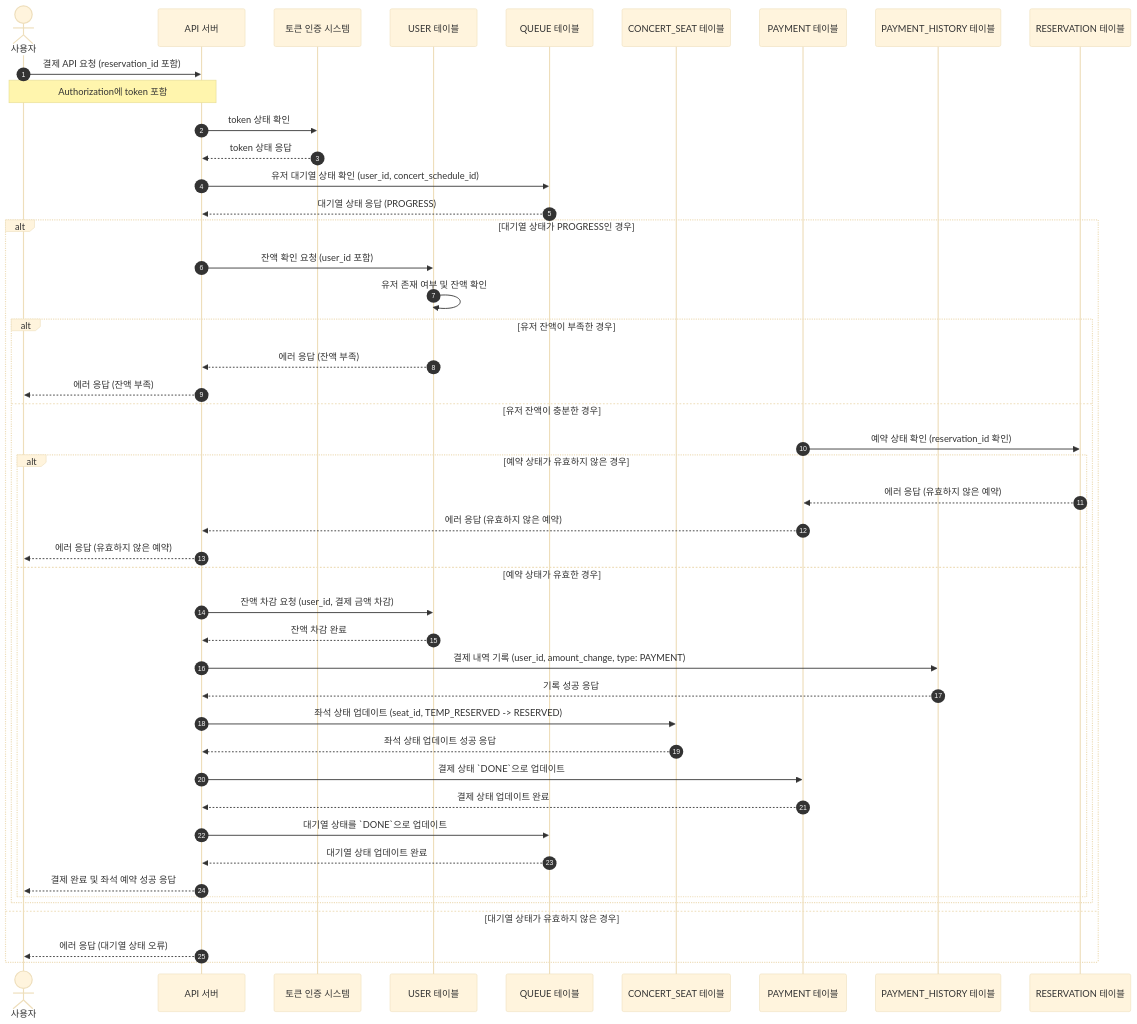
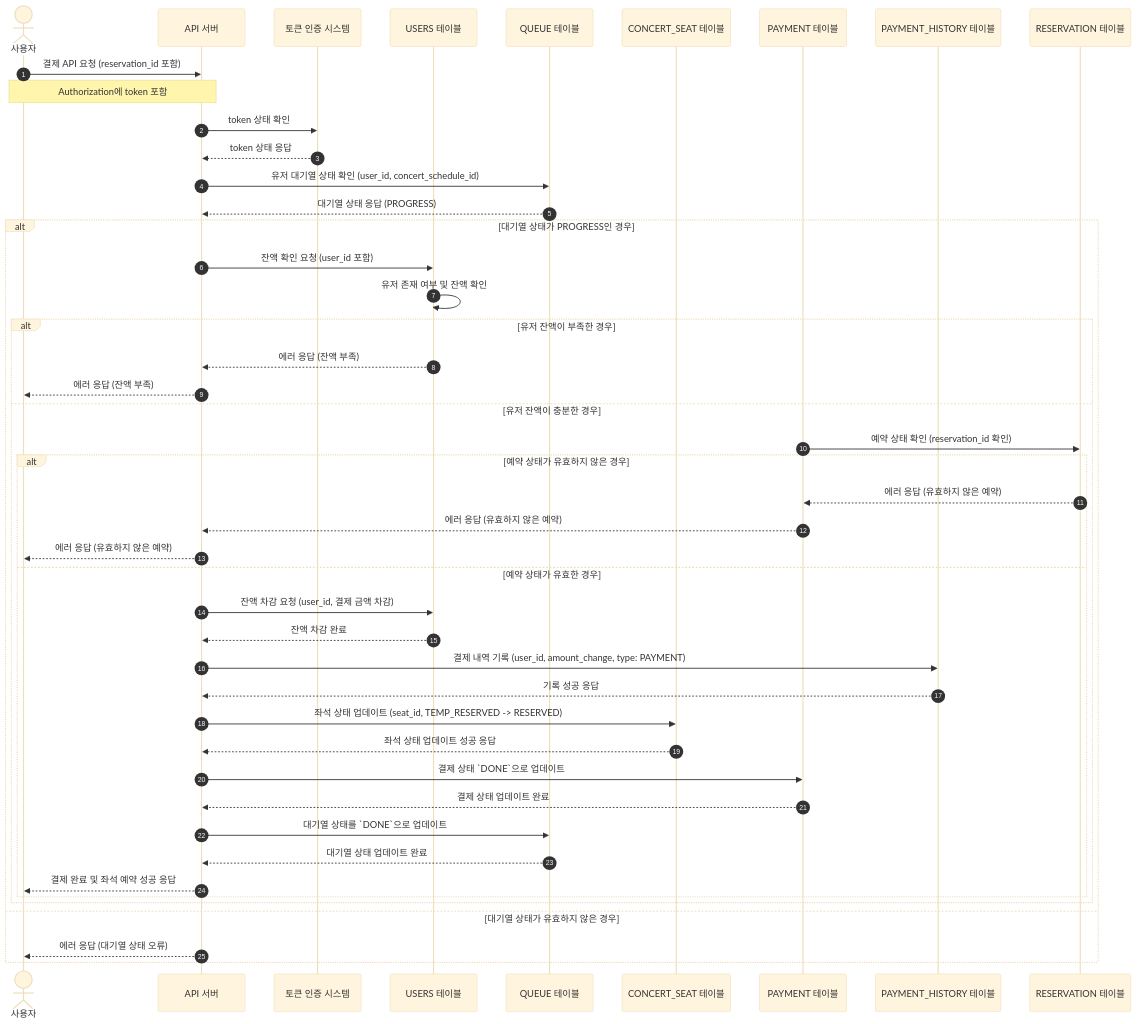
Before and after one commit to Cheondongmin/concert-java: the eighth of 8 diagrams in docs/sequence.md, drawn with Mermaid (base theme). The commit also changed other lines of this file and 26 other files, not shown here.

````diff
--- a/docs/sequence.md
+++ b/docs/sequence.md
@@ -240,56 +240,56 @@
 ```mermaid
 sequenceDiagram
     autonumber
     actor 사용자 as 사용자
     participant API as API 서버
     participant AUTH as 토큰 인증 시스템
-    participant USER as USER 테이블
+    participant USERS as USERS 테이블
     participant QUEUE as QUEUE 테이블
     participant CONCERT_SEAT as CONCERT_SEAT 테이블
     participant PAYMENT as PAYMENT 테이블
     participant PAYMENT_HISTORY as PAYMENT_HISTORY 테이블
     participant RESERVATION as RESERVATION 테이블
 
     사용자 ->> API: 결제 API 요청 (reservation_id 포함)
     Note over 사용자, API: Authorization에 token 포함
     API ->> AUTH: token 상태 확인
     AUTH -->> API: token 상태 응답
 
     API ->> QUEUE: 유저 대기열 상태 확인 (user_id, concert_schedule_id)
     QUEUE -->> API: 대기열 상태 응답 (PROGRESS)
 
     alt 대기열 상태가 PROGRESS인 경우
-        API ->> USER: 잔액 확인 요청 (user_id 포함)
-        USER ->> USER: 유저 존재 여부 및 잔액 확인
+        API ->> USERS: 잔액 확인 요청 (user_id 포함)
+        USERS ->> USERS: 유저 존재 여부 및 잔액 확인
 
         alt 유저 잔액이 부족한 경우
-            USER -->> API: 에러 응답 (잔액 부족)
+            USERS -->> API: 에러 응답 (잔액 부족)
             API -->> 사용자: 에러 응답 (잔액 부족)
         else 유저 잔액이 충분한 경우
             PAYMENT ->> RESERVATION: 예약 상태 확인 (reservation_id 확인)
             alt 예약 상태가 유효하지 않은 경우
                 RESERVATION -->> PAYMENT: 에러 응답 (유효하지 않은 예약)
                 PAYMENT -->> API: 에러 응답 (유효하지 않은 예약)
                 API -->> 사용자: 에러 응답 (유효하지 않은 예약)
             else 예약 상태가 유효한 경우
-                API ->> USER: 잔액 차감 요청 (user_id, 결제 금액 차감)
-                USER -->> API: 잔액 차감 완료
+                API ->> USERS: 잔액 차감 요청 (user_id, 결제 금액 차감)
+                USERS -->> API: 잔액 차감 완료
                 API ->> PAYMENT_HISTORY: 결제 내역 기록 (user_id, amount_change, type: PAYMENT)
                 PAYMENT_HISTORY -->> API: 기록 성공 응답
 
                 API ->> CONCERT_SEAT: 좌석 상태 업데이트 (seat_id, TEMP_RESERVED -> RESERVED)
                 CONCERT_SEAT -->> API: 좌석 상태 업데이트 성공 응답
 
                 API ->> PAYMENT: 결제 상태 `DONE`으로 업데이트
                 PAYMENT -->> API: 결제 상태 업데이트 완료
 
                 API ->> QUEUE: 대기열 상태를 `DONE`으로 업데이트
                 QUEUE -->> API: 대기열 상태 업데이트 완료
 
                 API -->> 사용자: 결제 완료 및 좌석 예약 성공 응답
             end
         end
     else 대기열 상태가 유효하지 않은 경우
         API -->> 사용자: 에러 응답 (대기열 상태 오류)
     end
 ```
````
